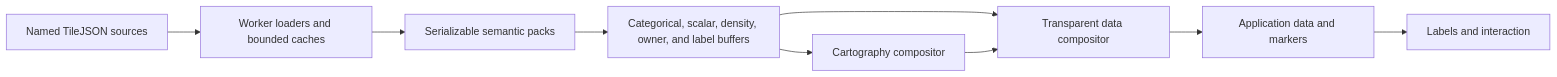
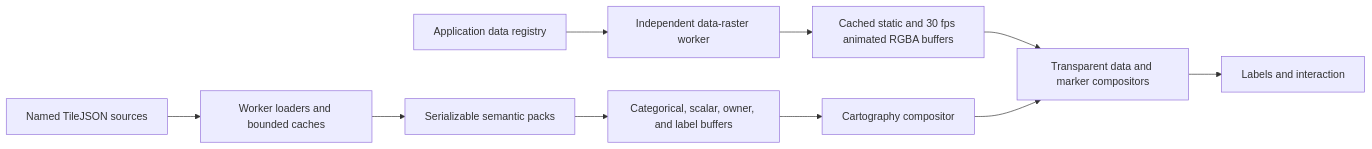
Before and after one commit to niko-dellic/bad-map: the diagram in NEXT_STEPS.md, drawn with Mermaid. The commit also changed other lines of this file and 31 other files, not shown here.

````diff
--- a/NEXT_STEPS.md
+++ b/NEXT_STEPS.md
@@ -31,11 +33,12 @@
 ```mermaid
 flowchart LR
   S["Named TileJSON sources"] --> W["Worker loaders and bounded caches"]
   W --> P["Serializable semantic packs"]
-  P --> C["Categorical, scalar, density, owner, and label buffers"]
+  P --> C["Categorical, scalar, owner, and label buffers"]
+  I["Application data registry"] --> R["Independent data-raster worker"]
+  R --> T["Cached static and 30 fps animated RGBA buffers"]
   C --> B["Cartography compositor"]
-  C --> D["Transparent data compositor"]
+  T --> D["Transparent data and marker compositors"]
   B --> D
-  D --> M["Application data and markers"]
-  M --> L["Labels and interaction"]
+  D --> L["Labels and interaction"]
 ```
````
